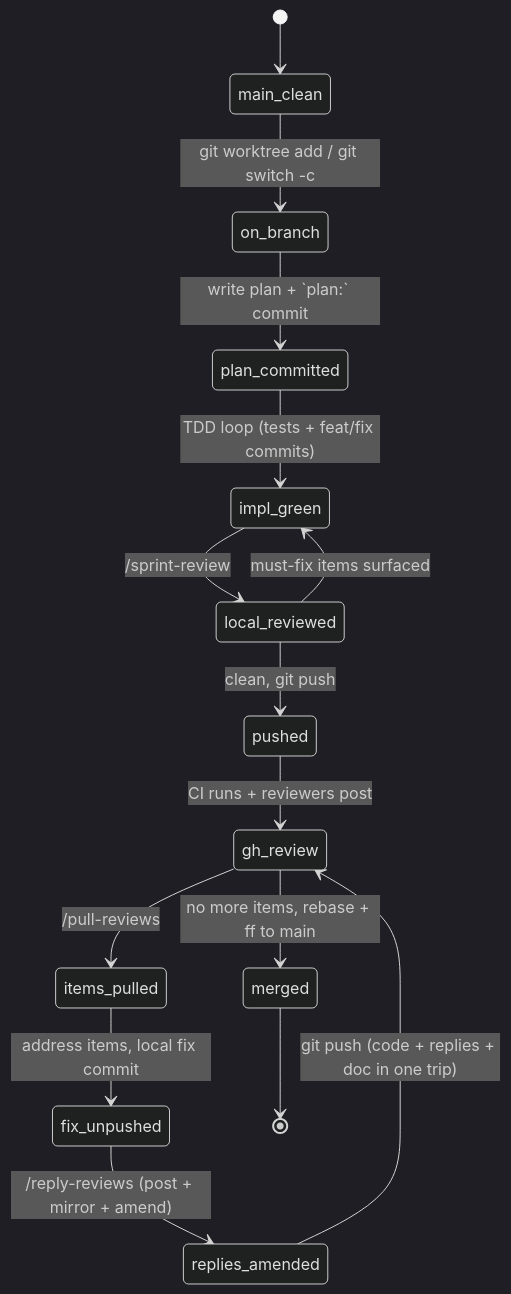
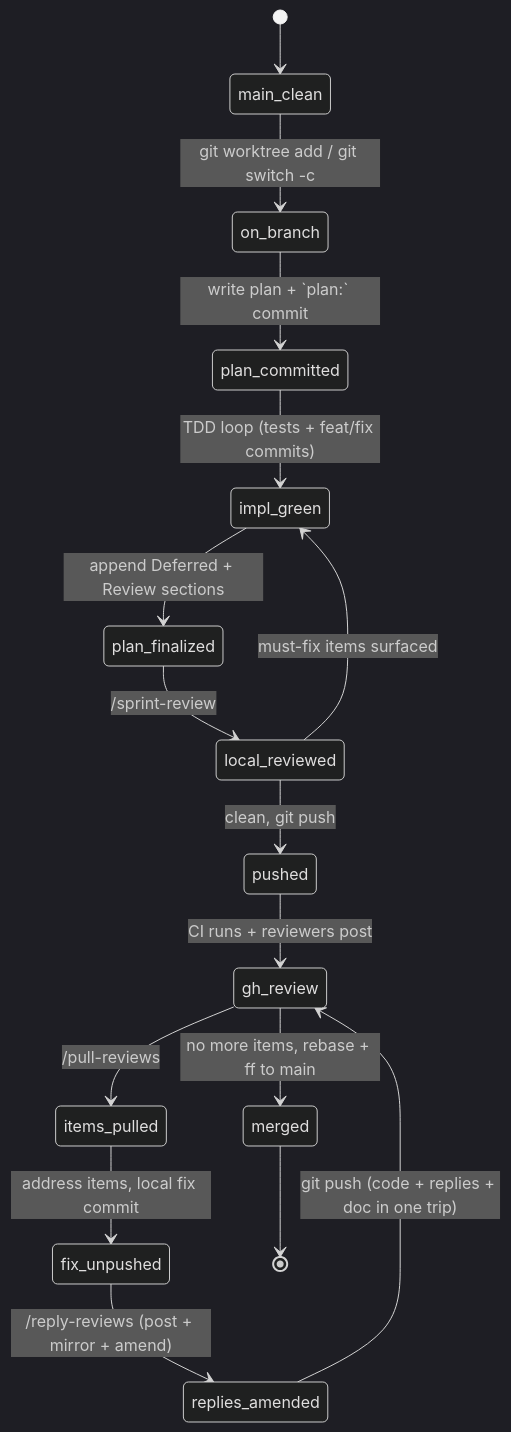
The first of 2 diagrams in doc/workflow.md (cmk/template-rust), drawn with Mermaid (dark theme) before and after one commit. The commit also changed other lines of this file, not shown here.

First line of the commit message:
doc: Add plan_finalized state to review-round diagram

````diff
--- a/doc/workflow.md
+++ b/doc/workflow.md
@@ -18,17 +18,18 @@
 ```mermaid
 stateDiagram-v2
     [*] --> main_clean
     main_clean --> on_branch: git worktree add / git switch -c
     on_branch --> plan_committed: write plan + `plan:` commit
     plan_committed --> impl_green: TDD loop (tests + feat/fix commits)
-    impl_green --> local_reviewed: /sprint-review
+    impl_green --> plan_finalized: append Deferred + Review sections
+    plan_finalized --> local_reviewed: /sprint-review
     local_reviewed --> impl_green: must-fix items surfaced
     local_reviewed --> pushed: clean, git push
     pushed --> gh_review: CI runs + reviewers post
     gh_review --> items_pulled: /pull-reviews
     items_pulled --> fix_unpushed: address items, local fix commit
     fix_unpushed --> replies_amended: /reply-reviews (post + mirror + amend)
     replies_amended --> gh_review: git push (code + replies + doc in one trip)
     gh_review --> merged: no more items, rebase + ff to main
     merged --> [*]
 ```
````
